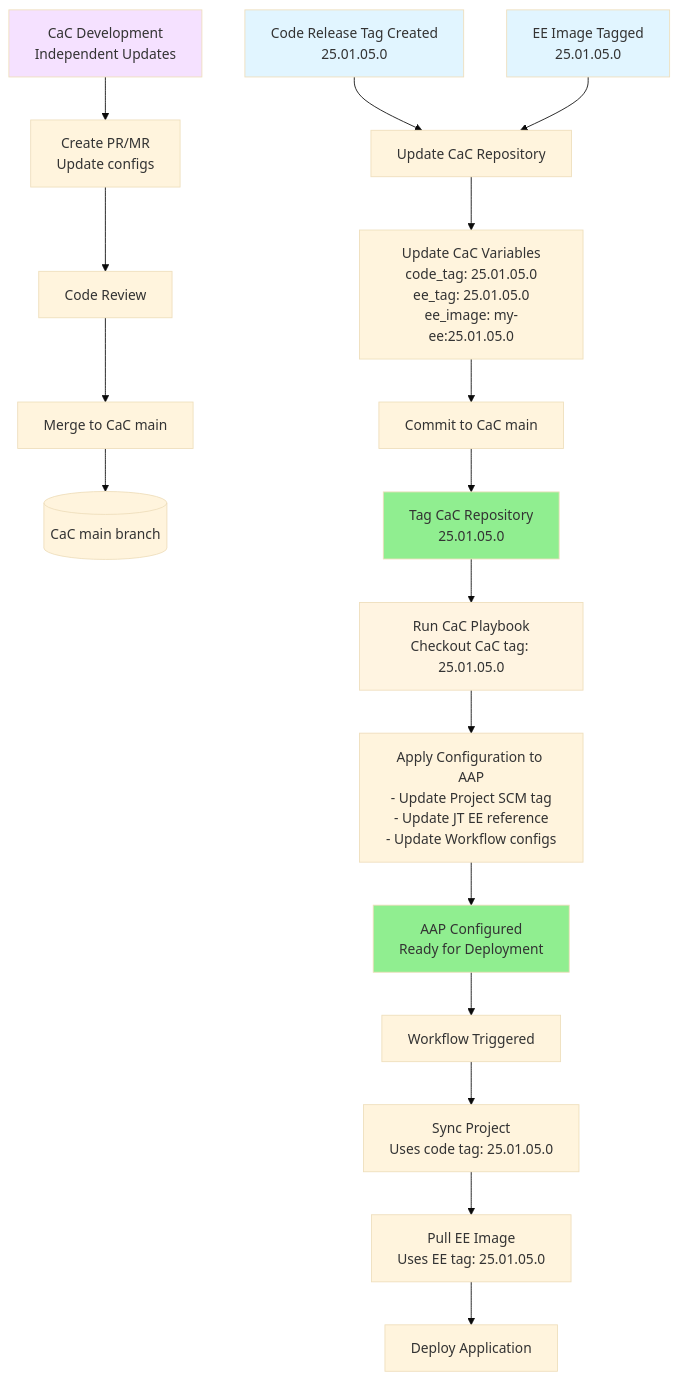
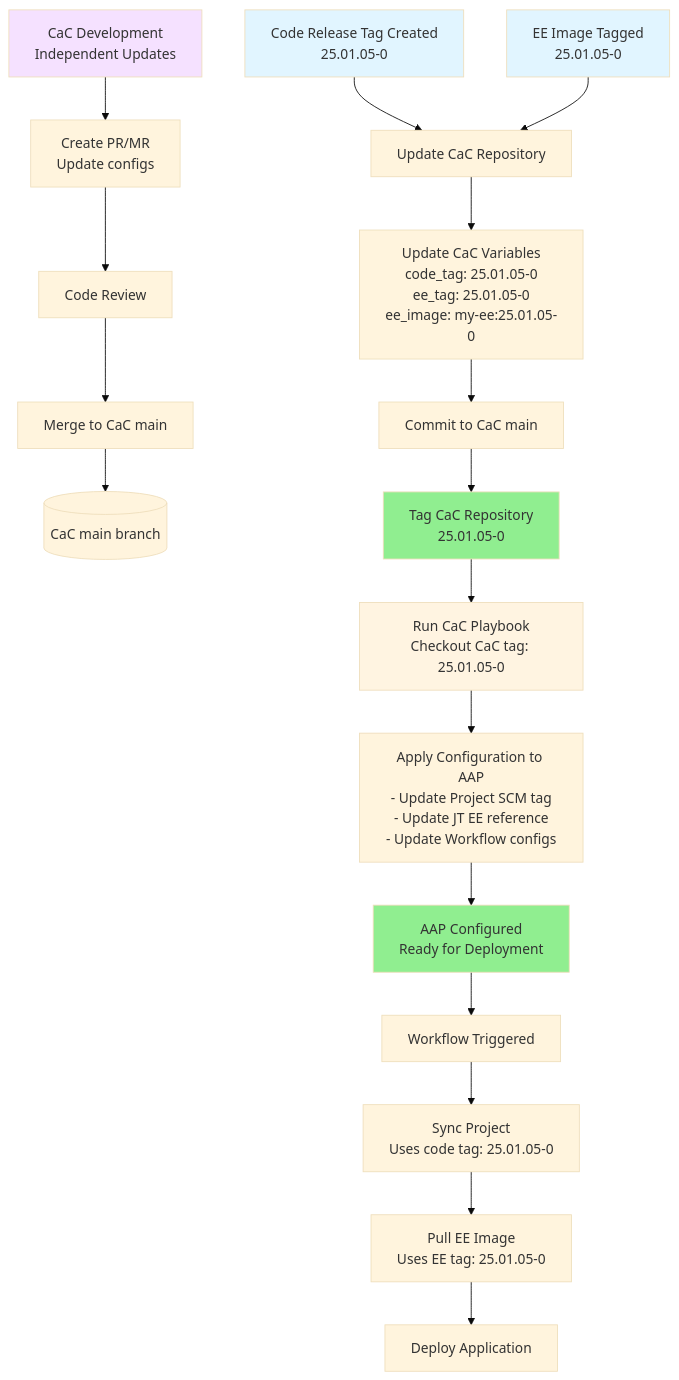
One commit to djdanielsson/rh1-docs changed the fourth of 4 diagrams in docs/diagrams/WORKFLOW-DIAGRAMS.md. Above: the diagram before and after it, drawn with Mermaid (base theme). The commit also changed other lines of this file and 13 other files, not shown here.

````diff
--- a/docs/diagrams/WORKFLOW-DIAGRAMS.md
+++ b/docs/diagrams/WORKFLOW-DIAGRAMS.md
@@ -347,31 +347,31 @@
 ```mermaid
 flowchart TD
     CaCDev[CaC Development<br/>Independent Updates] --> CaCPR[Create PR/MR<br/>Update configs]
     CaCPR --> CaCReview[Code Review]
     CaCReview --> CaCMerge[Merge to CaC main]
     CaCMerge --> CaCMain[(CaC main branch)]
 
-    CodeRelease[Code Release Tag Created<br/>25.01.05.0] --> UpdateCaC[Update CaC Repository]
-    EERelease[EE Image Tagged<br/>25.01.05.0] --> UpdateCaC
+    CodeRelease[Code Release Tag Created<br/>25.01.05-0] --> UpdateCaC[Update CaC Repository]
+    EERelease[EE Image Tagged<br/>25.01.05-0] --> UpdateCaC
 
-    UpdateCaC --> CaCUpdate[Update CaC Variables<br/>code_tag: 25.01.05.0<br/>ee_tag: 25.01.05.0<br/>ee_image: my-ee:25.01.05.0]
+    UpdateCaC --> CaCUpdate[Update CaC Variables<br/>code_tag: 25.01.05-0<br/>ee_tag: 25.01.05-0<br/>ee_image: my-ee:25.01.05-0]
     CaCUpdate --> CaCCommit[Commit to CaC main]
-    CaCCommit --> CaCTag[Tag CaC Repository<br/>25.01.05.0]
+    CaCCommit --> CaCTag[Tag CaC Repository<br/>25.01.05-0]
 
-    CaCTag --> CaCApply[Run CaC Playbook<br/>Checkout CaC tag: 25.01.05.0]
+    CaCTag --> CaCApply[Run CaC Playbook<br/>Checkout CaC tag: 25.01.05-0]
     CaCApply --> CaCConfig[Apply Configuration to AAP<br/>- Update Project SCM tag<br/>- Update JT EE reference<br/>- Update Workflow configs]
 
     CaCConfig --> AAPReady[AAP Configured<br/>Ready for Deployment]
 
     AAPReady --> WFTrigger[Workflow Triggered]
-    WFTrigger --> WFSync[Sync Project<br/>Uses code tag: 25.01.05.0]
-    WFSync --> WFEE[Pull EE Image<br/>Uses EE tag: 25.01.05.0]
+    WFTrigger --> WFSync[Sync Project<br/>Uses code tag: 25.01.05-0]
+    WFSync --> WFEE[Pull EE Image<br/>Uses EE tag: 25.01.05-0]
     WFEE --> WFDeploy[Deploy Application]
 
     style CaCDev fill:#f5e1ff
     style CodeRelease fill:#e1f5ff
     style EERelease fill:#e1f5ff
     style CaCTag fill:#90EE90
     style CaCApply fill:#fff4e1
     style AAPReady fill:#90EE90
 ```
````
